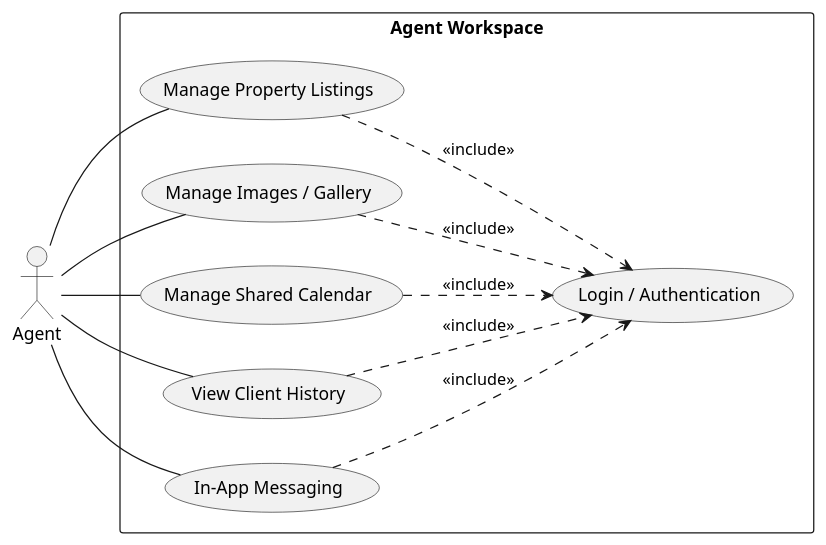
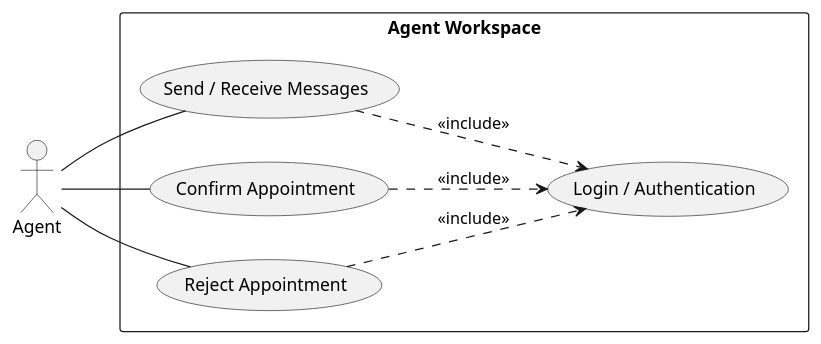
Before and after one commit to AZIZ-Soufiane/PropertyHub-PFE: the diagram in UseCase/DevidedGlobalUseCase/global_UseCse_Agent(Staff).puml, drawn with PlantUML. The commit also changed 6 other files, not shown here.

```diff
--- a/UseCase/DevidedGlobalUseCase/global_UseCse_Agent(Staff).puml
+++ b/UseCase/DevidedGlobalUseCase/global_UseCse_Agent(Staff).puml
@@ -1,29 +1,23 @@
 @startuml
 left to right direction
-skinparam shadowing false
+skinparam packageStyle rectangle
 
 actor "Agent" as Agent
 
 rectangle "Agent Workspace" {
 
     usecase "Login / Authentication" as Login
-    usecase "Manage Property Listings" as Listings
-    usecase "Manage Images / Gallery" as Gallery
-    usecase "Manage Shared Calendar" as Calendar
-    usecase "View Client History" as ClientHistory
-    usecase "In-App Messaging" as Messaging
-
-    Listings ..> Login : <<include>>
-    Gallery ..> Login : <<include>>
-    Calendar ..> Login : <<include>>
-    ClientHistory ..> Login : <<include>>
-    Messaging ..> Login : <<include>>
+    usecase "Send / Receive Messages" as Messages
+    usecase "Confirm Appointment" as Confirm
+    usecase "Reject Appointment" as Reject
 }
 
-Agent -- Listings
-Agent -- Gallery
-Agent -- Calendar
-Agent -- ClientHistory
-Agent -- Messaging
+Messages ..> Login : <<include>>
+Confirm ..> Login : <<include>>
+Reject ..> Login : <<include>>
+
+Agent -- Messages
+Agent -- Confirm
+Agent -- Reject
 
 @enduml
```
